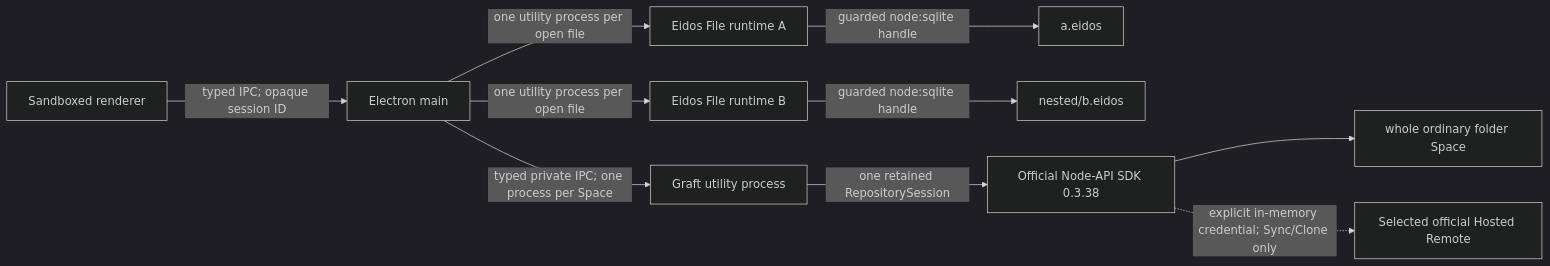
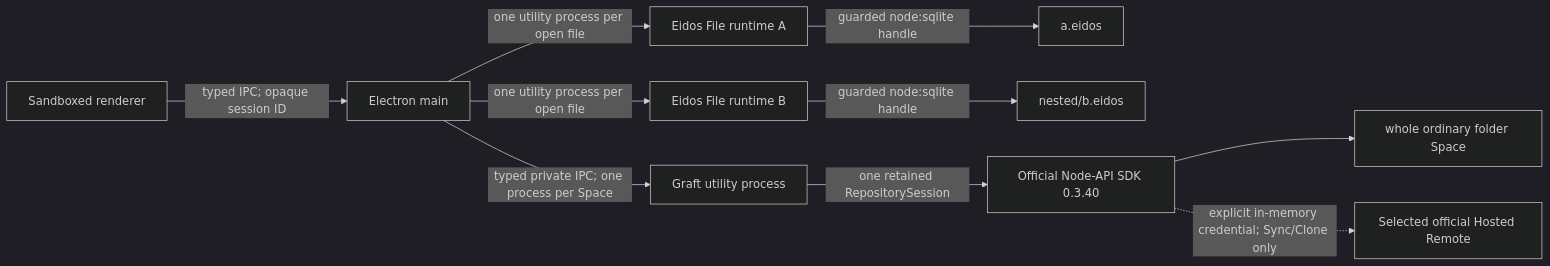
The first of 3 diagrams in apps/eidos-lite-desktop/docs/ARCHITECTURE.md (mayneyao/eidos), drawn with Mermaid (dark theme) before and after one commit. The commit also changed other lines of this file and 3 other files, not shown here.

````diff
--- a/apps/eidos-lite-desktop/docs/ARCHITECTURE.md
+++ b/apps/eidos-lite-desktop/docs/ARCHITECTURE.md
@@ -94,12 +94,12 @@
 ```mermaid
 flowchart LR
   R["Sandboxed renderer"] -->|"typed IPC; opaque session ID"| M["Electron main"]
   M -->|"one utility process per open file"| F1["Eidos File runtime A"]
   M -->|"one utility process per open file"| F2["Eidos File runtime B"]
   F1 -->|"guarded node:sqlite handle"| E1["a.eidos"]
   F2 -->|"guarded node:sqlite handle"| E2["nested/b.eidos"]
   M -->|"typed private IPC; one process per Space"| G["Graft utility process"]
-  G -->|"one retained RepositorySession"| N["Official Node-API SDK 0.3.38"]
+  G -->|"one retained RepositorySession"| N["Official Node-API SDK 0.3.40"]
   N --> S["whole ordinary folder Space"]
   N -. "explicit in-memory credential; Sync/Clone only" .-> H["Selected official Hosted Remote"]
 ```
````
